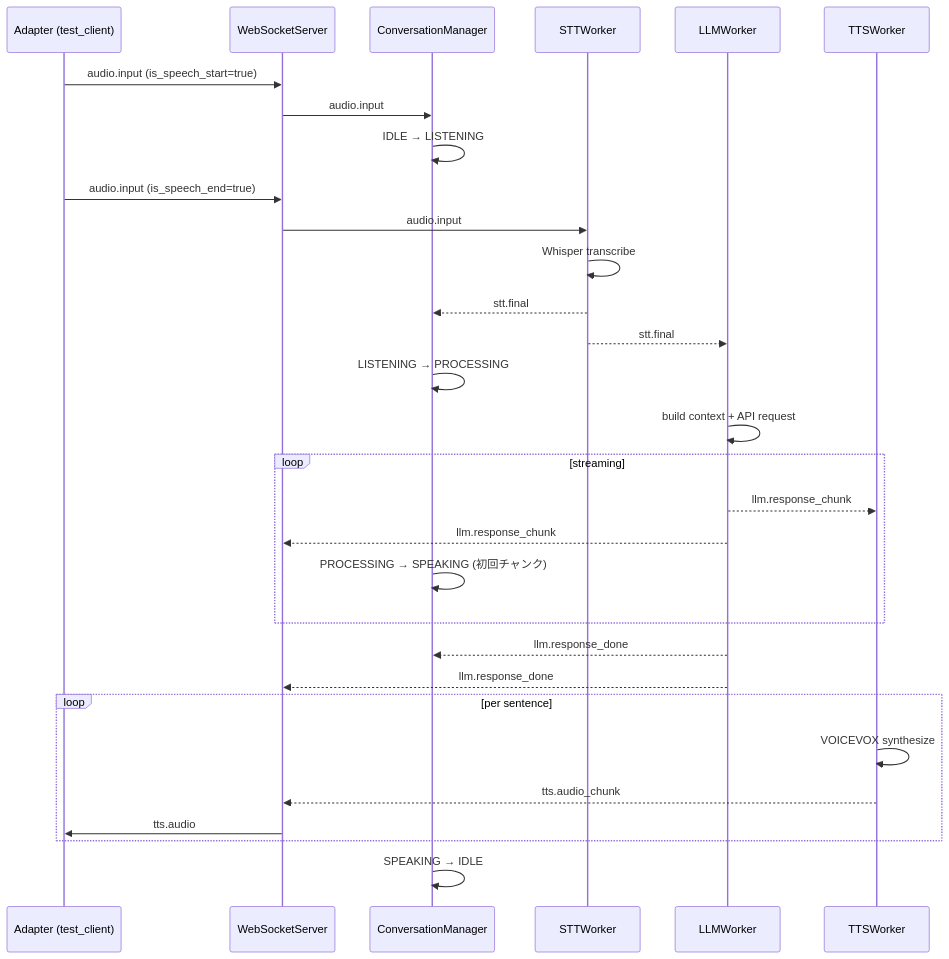
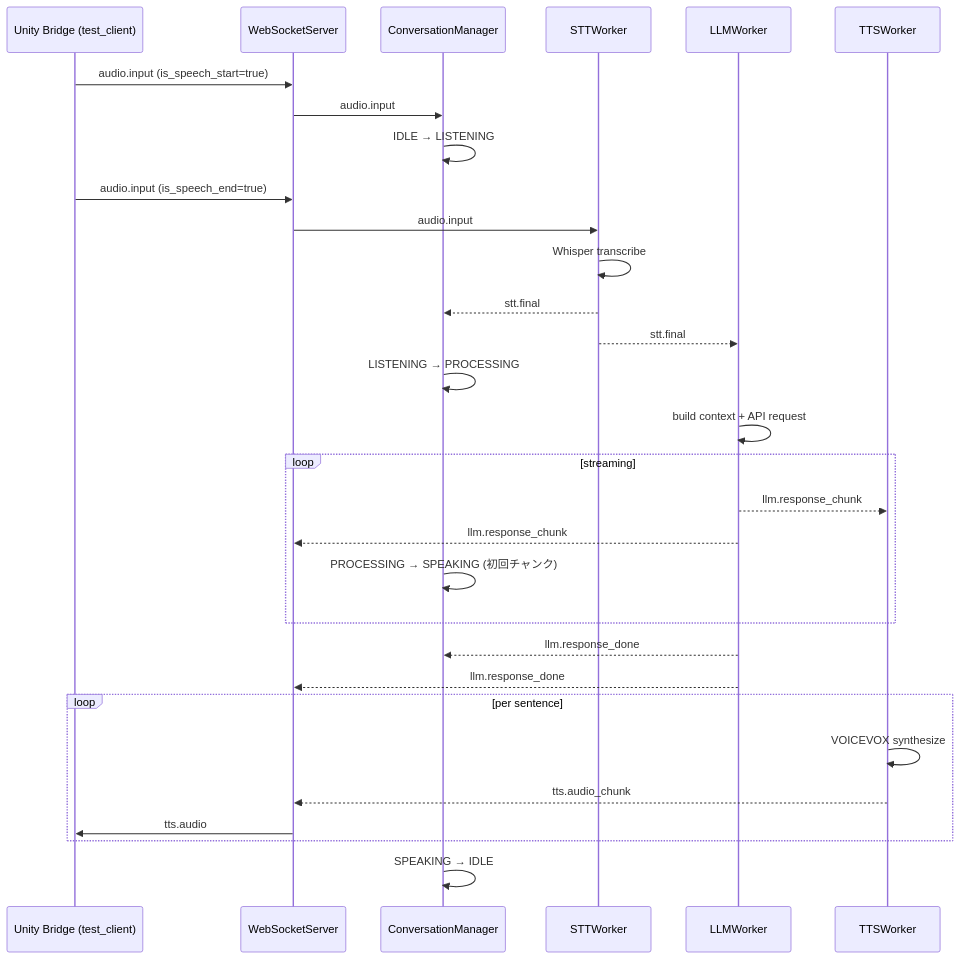
Before and after one commit to miumo6329/ai-avatar-framework: the second of 2 diagrams in docs/diagrams.md, drawn with Mermaid. The commit also changed other lines of this file and 11 other files, not shown here.

````diff
--- a/docs/diagrams.md
+++ b/docs/diagrams.md
@@ -231,36 +249,36 @@
 ```mermaid
 sequenceDiagram
-    participant A as Adapter (test_client)
+    participant A as Unity Bridge (test_client)
     participant WS as WebSocketServer
     participant CM as ConversationManager
     participant STT as STTWorker
     participant LLM as LLMWorker
     participant TTS as TTSWorker
 
     A->>WS: audio.input (is_speech_start=true)
     WS->>CM: audio.input
     CM->>CM: IDLE → LISTENING
 
     A->>WS: audio.input (is_speech_end=true)
     WS->>STT: audio.input
     STT->>STT: Whisper transcribe
     STT-->>CM: stt.final
     STT-->>LLM: stt.final
     CM->>CM: LISTENING → PROCESSING
 
     LLM->>LLM: build context + API request
     loop streaming
         LLM-->>TTS: llm.response_chunk
         LLM-->>WS: llm.response_chunk
         CM->>CM: PROCESSING → SPEAKING (初回チャンク)
     end
     LLM-->>CM: llm.response_done
     LLM-->>WS: llm.response_done
 
     loop per sentence
         TTS->>TTS: VOICEVOX synthesize
         TTS-->>WS: tts.audio_chunk
         WS->>A: tts.audio
     end
     CM->>CM: SPEAKING → IDLE
 ```
````
